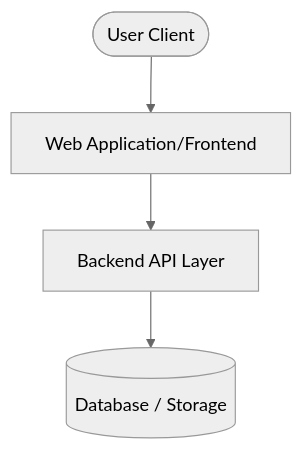
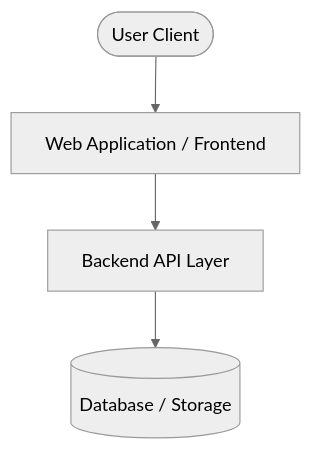
Before and after one commit to jaxon-larsen/agentic-development: the diagram in docs/architecture.md, drawn with Mermaid (neutral theme). The commit also changed other lines of this file and 25 other files, not shown here.

````diff
--- a/docs/architecture.md
+++ b/docs/architecture.md
@@ -10,6 +10,6 @@
 ```mermaid
 graph TD
-    User([User Client]) --> WebApp[Web Application/Frontend]
+    User([User Client]) --> WebApp[Web Application / Frontend]
     WebApp --> API[Backend API Layer]
     API --> DB[(Database / Storage)]
 ```
````
